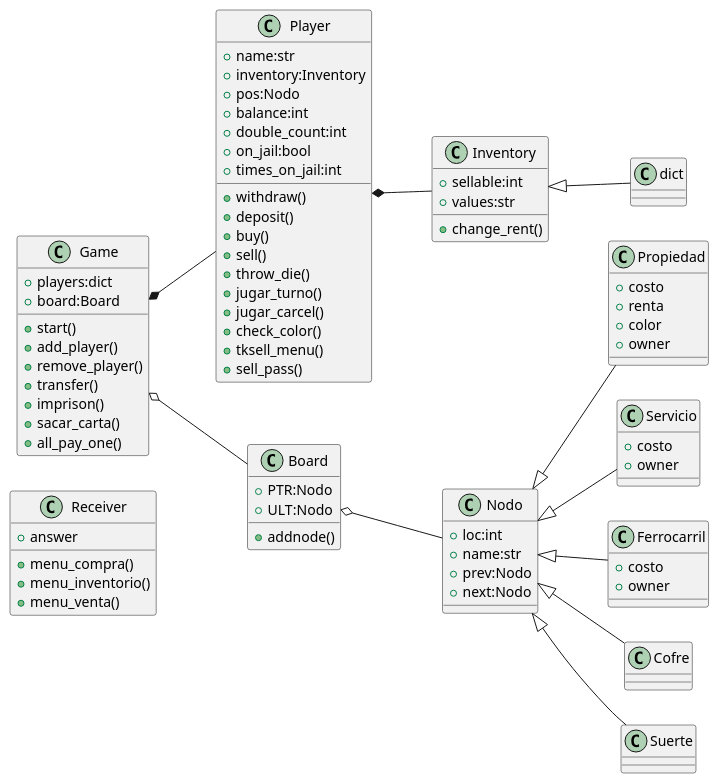
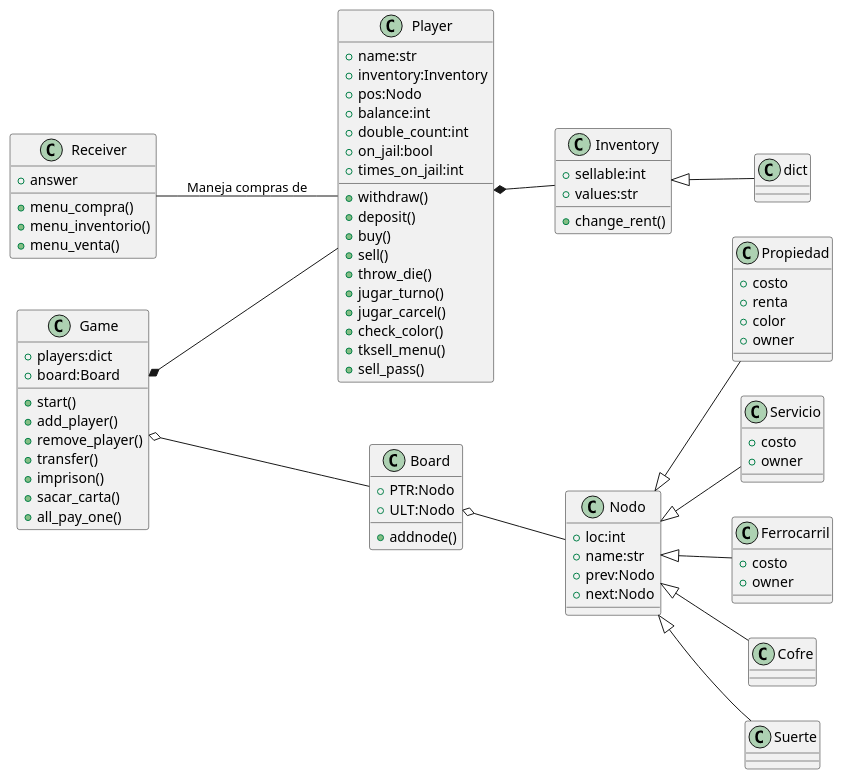
The diagram in UML.puml (davidmosquera03/EDD_Lab03), drawn with PlantUML before and after one commit. The commit also changed 8 other files, not shown here.

```diff
--- a/UML.puml
+++ b/UML.puml
@@ -1,85 +1,86 @@
 @startuml
 class Receiver{
 +answer
 +menu_compra()
 +menu_inventorio()
 +menu_venta()
 }
 
 left to right direction
 class Inventory{
 +sellable:int
 +values:str
 +change_rent()
 }
 
 class Player{
 +name:str
 +inventory:Inventory
 +pos:Nodo
 +balance:int
 +double_count:int
 +on_jail:bool
 +times_on_jail:int
 +withdraw()
 +deposit()
 +buy()
 +sell()
 +throw_die()
 +jugar_turno()
 +jugar_carcel()
 +check_color()
 +tksell_menu()
 +sell_pass()
 }
 class dict{
 }
 class Game{
 +players:dict
 +board:Board
 +start()
 +add_player()
 +remove_player()
 +transfer()
 +imprison()
 +sacar_carta()
 +all_pay_one()
 }
 
 class Board{
 +PTR:Nodo
 +ULT:Nodo
 +addnode()
 }
 
 class Nodo{
 +loc:int
 +name:str
 +prev:Nodo
 +next:Nodo
 }
 class Propiedad{
 +costo
 +renta
 +color
 +owner
 }
 class Servicio{
 +costo
 +owner
 }
 class Ferrocarril{
 +costo
 +owner
 }
 Player*--Inventory
 Game *--Player
 Game o-- Board
 Board o-- Nodo
 Inventory <|-- dict
 Nodo <|-- Propiedad
 Nodo <|-- Ferrocarril
 Nodo <|-- Servicio
 Nodo <|-- Cofre
 Nodo <|-- Suerte
+Receiver -- Player : Maneja compras de
 @enduml
```
